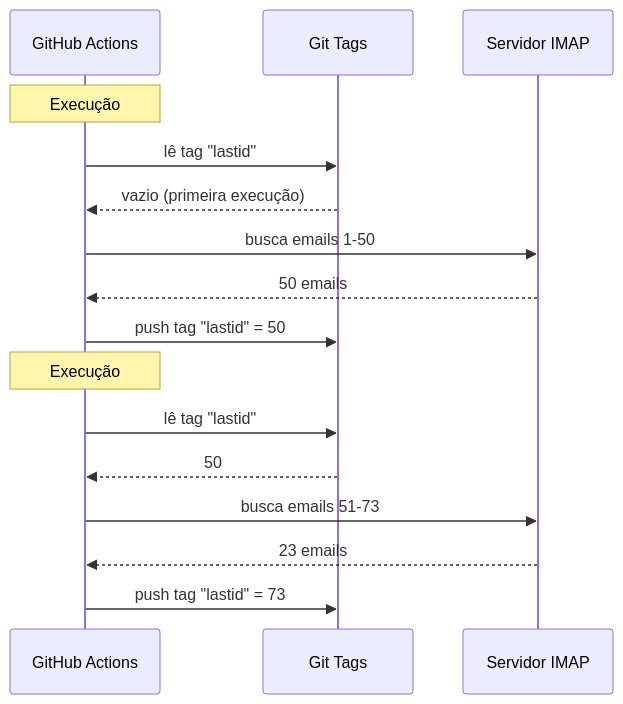
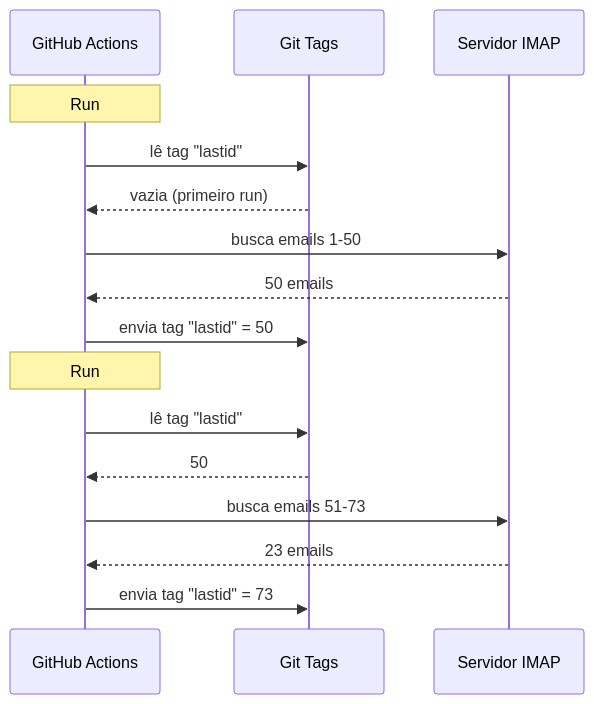
Before and after one commit to fox3000foxy/fox3000foxy.github.io: the diagram in public/articles/pt/email-autoreply.md, drawn with Mermaid. The commit also changed other lines of this file and 576 other files, not shown here.

````diff
--- a/public/articles/pt/email-autoreply.md
+++ b/public/articles/pt/email-autoreply.md
@@ -61,20 +62,20 @@
 ```mermaid
 sequenceDiagram
     participant GH as GitHub Actions
     participant GIT as Git Tags
     participant IMAP as Servidor IMAP
-    
-    Note over GH: Execução #1
+
+    Note over GH: Run #1
     GH->>GIT: lê tag "lastid"
-    GIT-->>GH: vazio (primeira execução)
+    GIT-->>GH: vazia (primeiro run)
     GH->>IMAP: busca emails 1-50
     IMAP-->>GH: 50 emails
-    GH->>GIT: push tag "lastid" = 50
-    
-    Note over GH: Execução #2
+    GH->>GIT: envia tag "lastid" = 50
+
+    Note over GH: Run #2
     GH->>GIT: lê tag "lastid"
     GIT-->>GH: 50
     GH->>IMAP: busca emails 51-73
     IMAP-->>GH: 23 emails
-    GH->>GIT: push tag "lastid" = 73
+    GH->>GIT: envia tag "lastid" = 73
 ```
````
